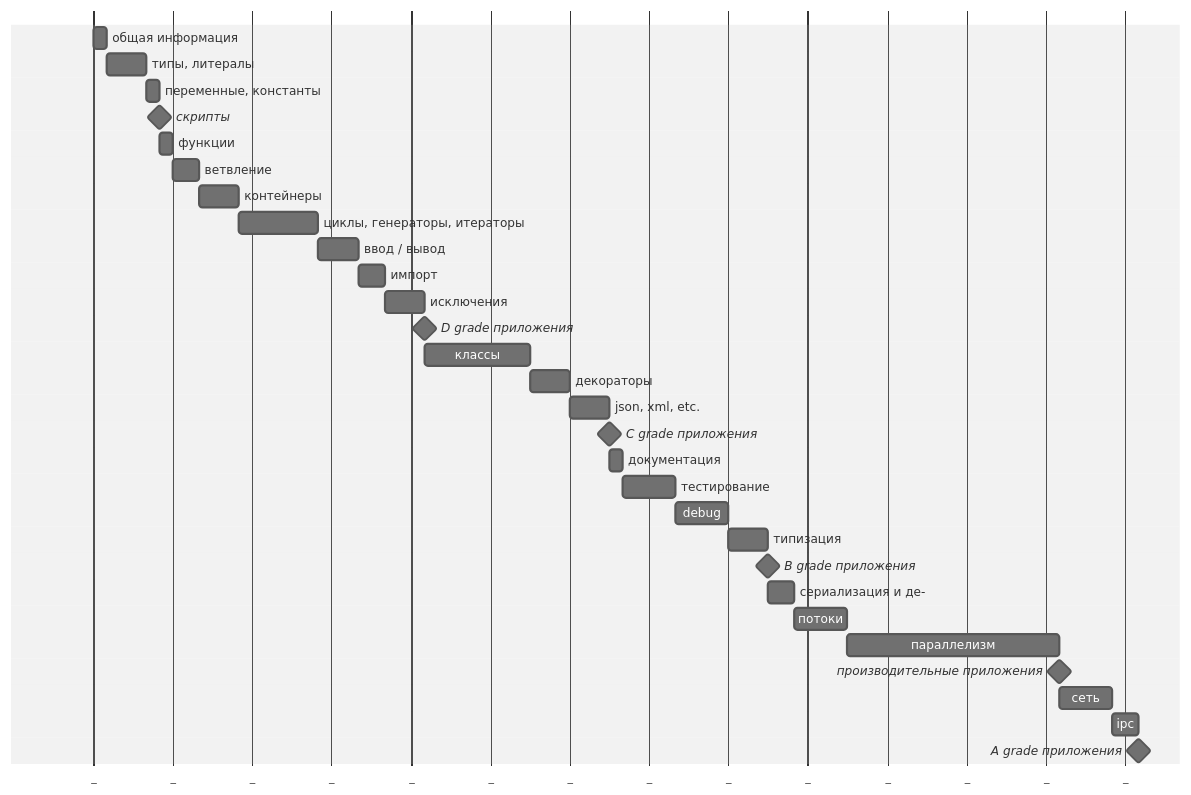
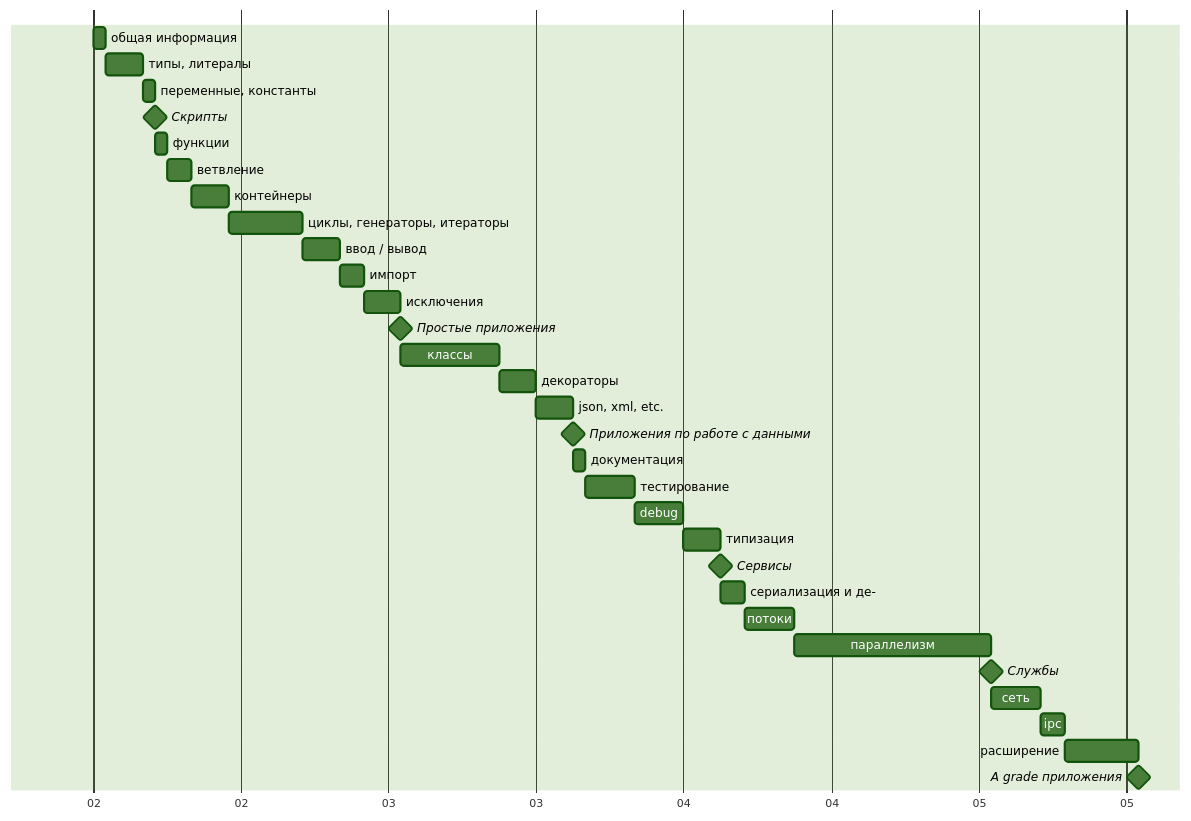
Before and after one commit to maxja/pythonic: the diagram in README.ru.md, drawn with Mermaid. The commit also changed other lines of this file, not shown here.

Commit message:
docs(readme): update readability of russian version

````diff
--- a/README.ru.md
+++ b/README.ru.md
@@ -18,36 +27,37 @@
 ```mermaid
-%%{init: {'theme':'neutral'}}%%
+%%{init: {'theme':'forest'}}%%
 gantt
   dateFormat off
-  axisFormat _
+  axisFormat %d
   todayMarker off
 
-  общая информация 				:general, 	2023-12-02, 1h
-  типы, литералы 				:types, 		after general, 3h
-  переменные, константы 			:var_const, after types, 1h
-  скрипты 						:milestone, m1
-  функции                       :def, 		after var_const, 1h
-  ветвление 						:branching, after def, 2h
-  контейнеры 					:containers, after branching, 3h
-  циклы, генераторы, итераторы 	:loops, 		after containers, 6h
-  ввод / вывод 					:io, 		after loops, 3h
-  импорт 						:import, 	after io, 2h
-  исключения 					:exceptions, after import, 3h
-  D grade приложения 			:milestone, m2
-  классы 						:class, 		after exceptions, 8h
-  декораторы                    :decorators, after class, 3h
-  json, xml, etc. 				:file_formats, after decorators, 3h
-  C grade приложения 					:milestone, m3
-  документация 					:docs, 		after file_formats, 1h
-  тестирование 					:testing, 	after docs, 4h
-  debug 							:debug, 		after testing, 4h
-  типизация 						:type_system, after debug, 3h
-  B grade приложения 					:milestone, m4
-  сериализация и де- 			:serialization, after type_system, 2h
-  потоки 						:streams, 	after serialization, 4h
-  параллелизм 					:concurrency, after streams, 16h
-  производительные приложения 	:milestone, m5
-  сеть 							:net, 		after concurrency, 4h
-  ipc 							:ipc, 		after net, 2h
-  A grade приложения 			:milestone, m6
+  общая информация      :general,    2023-12-02, 1h
+  типы, литералы        :types,      after general, 3h
+  переменные, константы :var_const,  after types, 1h
+  Скрипты :milestone, m1
+  функции               :def,        after var_const, 1h
+  ветвление             :branching,  after def, 2h
+  контейнеры            :containers, after branching, 3h
+  циклы, генераторы, итераторы :loops, after containers, 6h
+  ввод / вывод          :io,         after loops, 3h
+  импорт                :import,     after io, 2h
+  исключения            :exceptions, after import, 3h
+  Простые приложения :milestone, m2
+  классы                :class,      after exceptions, 8h
+  декораторы            :decorators, after class, 3h
+  json, xml, etc.       :file_formats, after decorators, 3h
+  Приложения по работе с данными :milestone, m3
+  документация          :docs,       after file_formats, 1h
+  тестирование          :testing,    after docs, 4h
+  debug                 :debug,      after testing, 4h
+  типизация             :type_system, after debug, 3h
+  Сервисы :milestone, m4
+  сериализация и де-    :serialization, after type_system, 2h
+  потоки                :streams, after serialization, 4h
+  параллелизм           :concurrency, after streams, 16h
+  Службы :milestone, m5
+  сеть                  :net, after concurrency, 4h
+  ipc                   :ipc, after net, 2h
+  расширение            :extensions, after ipc, 6h
+  A grade приложения :milestone, m6
 ```
````
